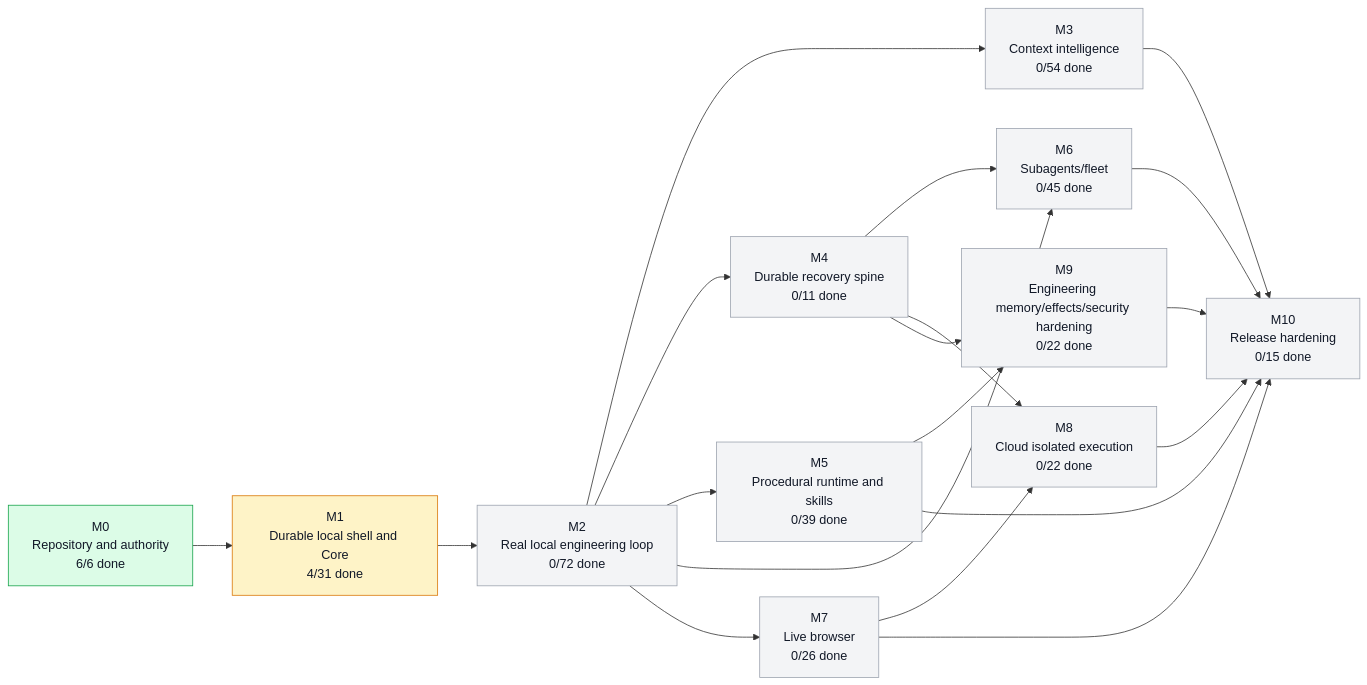
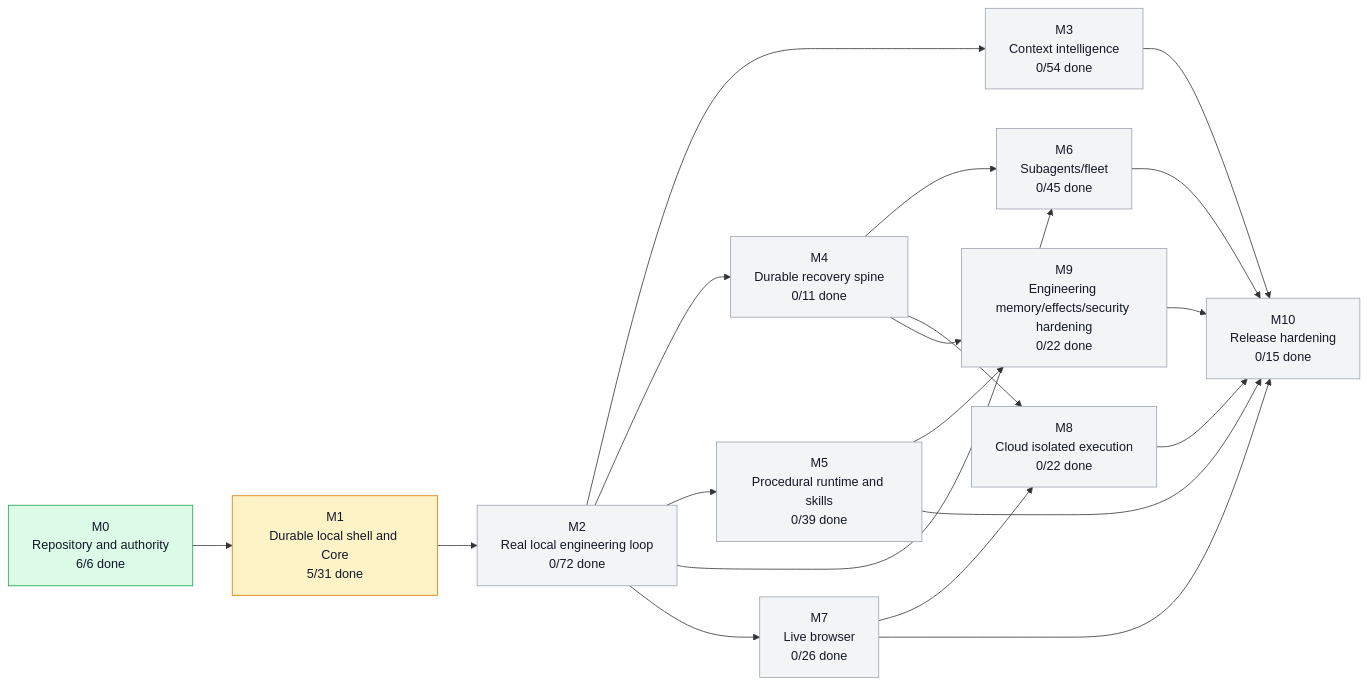
The first of 3 diagrams in graph/PROJECT_GRAPH.md (moss101/zmodbit), drawn with Mermaid before and after one commit. The commit also changed other lines of this file and 3 other files, not shown here.

````diff
--- a/graph/PROJECT_GRAPH.md
+++ b/graph/PROJECT_GRAPH.md
@@ -43,43 +43,43 @@
 ```mermaid
 flowchart LR
   M0["M0<br/>Repository and authority<br/>6/6 done"]
-  M1["M1<br/>Durable local shell and Core<br/>4/31 done"]
+  M1["M1<br/>Durable local shell and Core<br/>5/31 done"]
   M2["M2<br/>Real local engineering loop<br/>0/72 done"]
   M3["M3<br/>Context intelligence<br/>0/54 done"]
   M4["M4<br/>Durable recovery spine<br/>0/11 done"]
   M5["M5<br/>Procedural runtime and skills<br/>0/39 done"]
   M6["M6<br/>Subagents/fleet<br/>0/45 done"]
   M7["M7<br/>Live browser<br/>0/26 done"]
   M8["M8<br/>Cloud isolated execution<br/>0/22 done"]
   M9["M9<br/>Engineering memory/effects/security hardening<br/>0/22 done"]
   M10["M10<br/>Release hardening<br/>0/15 done"]
   M0 --> M1
   M1 --> M2
   M2 --> M3
   M2 --> M4
   M2 --> M5
   M2 --> M6
   M4 --> M6
   M2 --> M7
   M4 --> M8
   M7 --> M8
   M4 --> M9
   M5 --> M9
   M3 --> M10
   M5 --> M10
   M6 --> M10
   M7 --> M10
   M8 --> M10
   M9 --> M10
   style M0 fill:#dcfce7,stroke:#16a34a,color:#111827
   style M1 fill:#fef3c7,stroke:#d97706,color:#111827
   style M2 fill:#f3f4f6,stroke:#9ca3af,color:#111827
   style M3 fill:#f3f4f6,stroke:#9ca3af,color:#111827
   style M4 fill:#f3f4f6,stroke:#9ca3af,color:#111827
   style M5 fill:#f3f4f6,stroke:#9ca3af,color:#111827
   style M6 fill:#f3f4f6,stroke:#9ca3af,color:#111827
   style M7 fill:#f3f4f6,stroke:#9ca3af,color:#111827
   style M8 fill:#f3f4f6,stroke:#9ca3af,color:#111827
   style M9 fill:#f3f4f6,stroke:#9ca3af,color:#111827
   style M10 fill:#f3f4f6,stroke:#9ca3af,color:#111827
 ```
````
